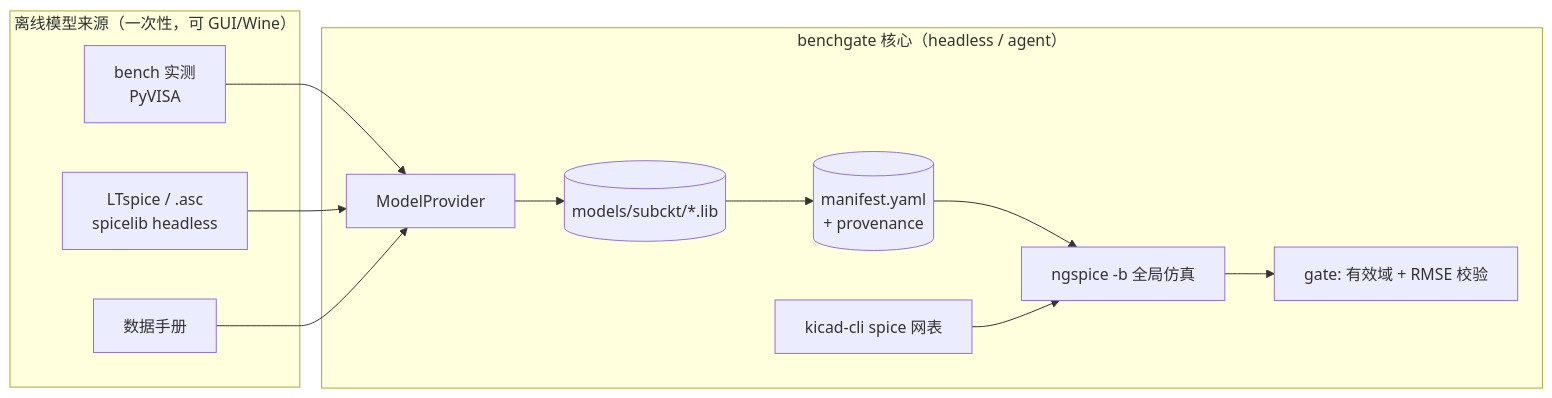
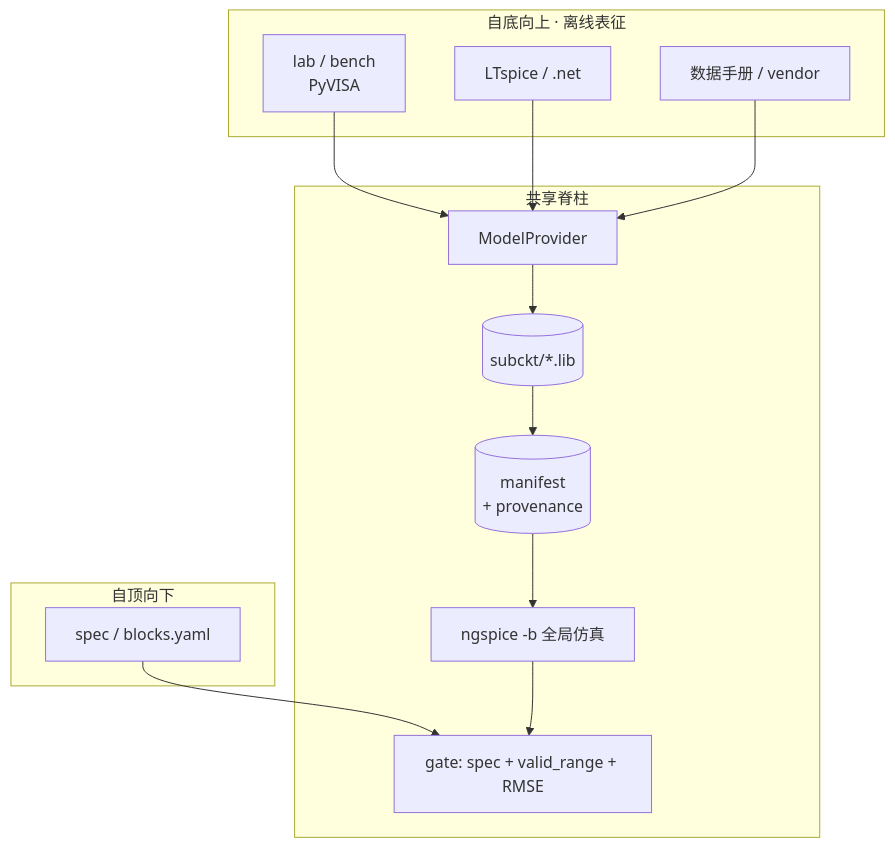
Before and after one commit to zhang1career/benchgate: the first of 2 diagrams in docs/RFC_LOCAL_SIM_MODEL_PROVIDER.md, drawn with Mermaid. The commit also changed other lines of this file and 16 other files, not shown here.

````diff
--- a/docs/RFC_LOCAL_SIM_MODEL_PROVIDER.md
+++ b/docs/RFC_LOCAL_SIM_MODEL_PROVIDER.md
@@ -37,19 +37,24 @@
 ```mermaid
-flowchart LR
-  subgraph offline ["离线模型来源（一次性，可 GUI/Wine）"]
-    BENCH[bench 实测<br/>PyVISA]
-    LTS[LTspice / .asc<br/>spicelib headless]
-    DS[数据手册]
+flowchart TB
+  subgraph topdown ["自顶向下"]
+    SPEC["spec / blocks.yaml"]
   end
-  subgraph core ["benchgate 核心（headless / agent）"]
+
+  subgraph bottomup ["自底向上 · 离线表征"]
+    BENCH["lab / bench<br/>PyVISA"]
+    LTS["LTspice / .net"]
+    DS["数据手册 / vendor"]
+  end
+
+  subgraph spine ["共享脊柱"]
     PROV[ModelProvider]
-    LIB[(models/subckt/*.lib)]
-    MAN[(manifest.yaml<br/>+ provenance)]
-    NL[kicad-cli spice 网表]
+    LIB[(subckt/*.lib)]
+    MAN[(manifest<br/>+ provenance)]
     SIM[ngspice -b 全局仿真]
-    GATE[gate: 有效域 + RMSE 校验]
+    GATE["gate: spec + valid_range + RMSE"]
   end
+
+  SPEC --> GATE
   BENCH & LTS & DS --> PROV --> LIB --> MAN
-  MAN --> SIM
-  NL --> SIM --> GATE
+  MAN --> SIM --> GATE
 ```
````
